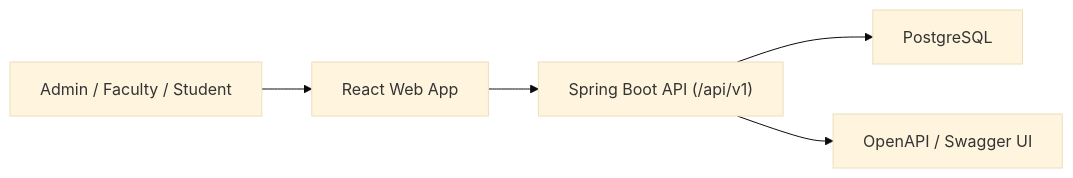
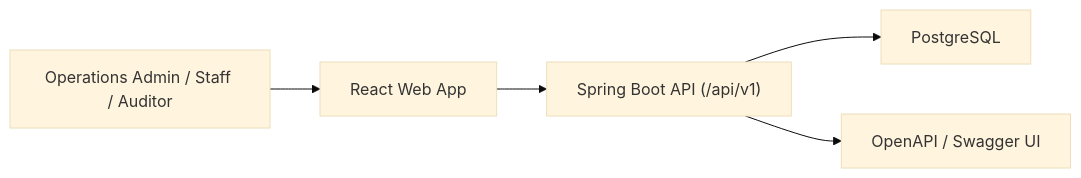
Before and after one commit to ansht120/college-full-stack-web-development-project: the first of 4 diagrams in docs/architecture.md, drawn with Mermaid (base theme). The commit also changed other lines of this file and 2 other files, not shown here.

Commit message:
docs: rename project to banking operations platform

````diff
--- a/docs/architecture.md
+++ b/docs/architecture.md
@@ -5,7 +5,7 @@
 ```mermaid
 flowchart LR
-    User["Admin / Faculty / Student"] --> React["React Web App"]
+    User["Operations Admin / Staff / Auditor"] --> React["React Web App"]
     React --> Api["Spring Boot API (/api/v1)"]
     Api --> Db["PostgreSQL"]
     Api --> Swagger["OpenAPI / Swagger UI"]
 ```
````
